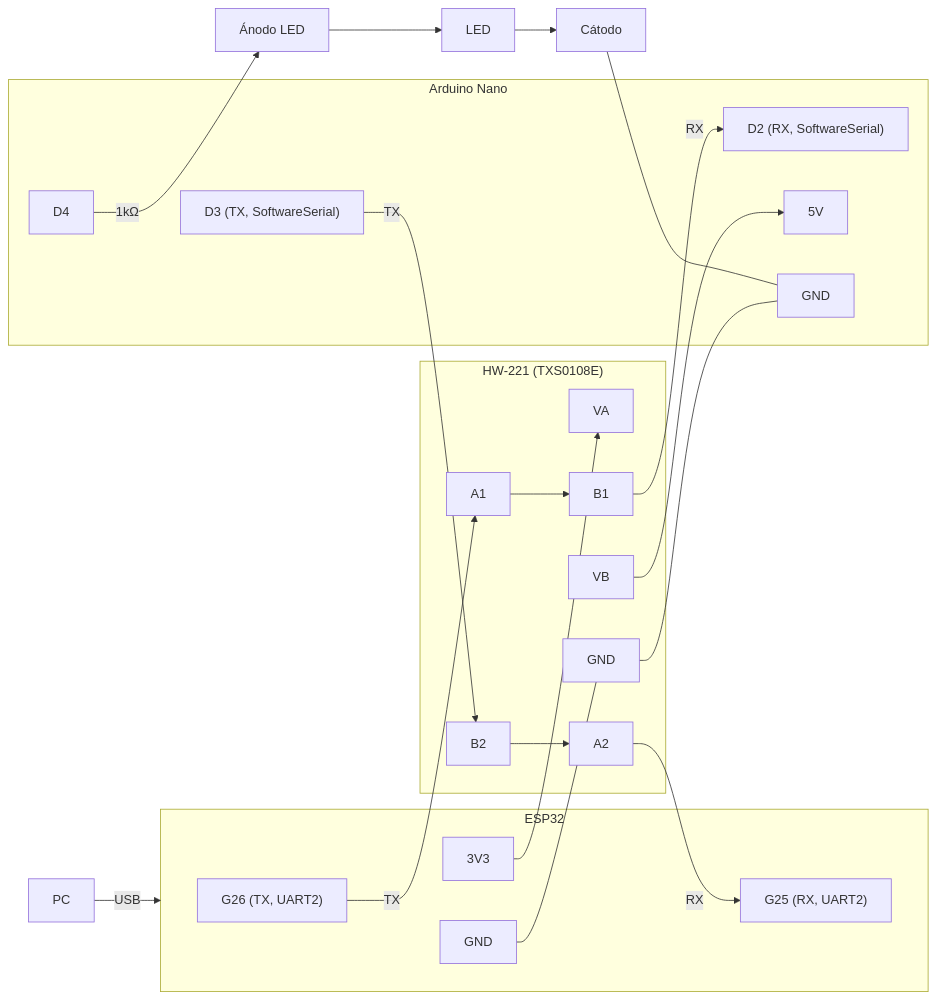
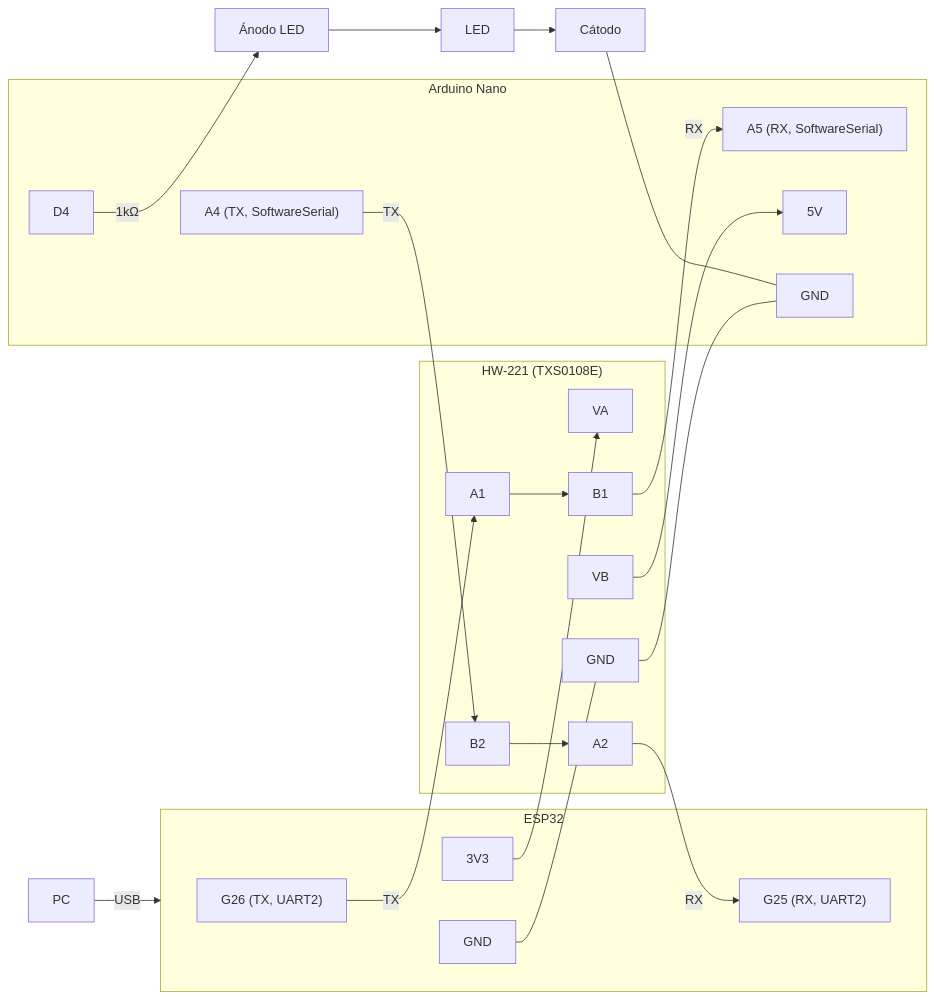
One commit to ealegremendoza/BrazoRobotico changed the first of 2 diagrams in doc/md/bitacora-E05-arduino.md. Above: the diagram before and after it, drawn with Mermaid. The commit also changed other lines of this file, not shown here.

First line of the commit message:
docs(E05): move Nano SoftwareSerial from D2/D3 to A4/A5

````diff
--- a/doc/md/bitacora-E05-arduino.md
+++ b/doc/md/bitacora-E05-arduino.md
@@ -24,47 +24,47 @@
 ```mermaid
 graph LR
     PC["PC"] -->|USB| ESP32
 
     subgraph ESP32["ESP32"]
         E_G26["G26 (TX, UART2)"]
         E_G25["G25 (RX, UART2)"]
         E_3V3["3V3"]
         E_GND1["GND"]
     end
 
     subgraph HW221["HW-221 (TXS0108E)"]
         H_VA["VA"]
         H_A1["A1"]
         H_A2["A2"]
         H_VB["VB"]
         H_B1["B1"]
         H_B2["B2"]
         H_GND["GND"]
     end
 
     subgraph NANO["Arduino Nano"]
-        N_D2["D2 (RX, SoftwareSerial)"]
-        N_D3["D3 (TX, SoftwareSerial)"]
+        N_A5["A5 (RX, SoftwareSerial)"]
+        N_A4["A4 (TX, SoftwareSerial)"]
         N_5V["5V"]
         N_GND["GND"]
         N_D4["D4"]
     end
 
     E_3V3 --> H_VA
     E_GND1 --- H_GND
     E_G26 -->|TX| H_A1
     H_A1 --> H_B1
-    H_B1 -->|RX| N_D2
+    H_B1 -->|RX| N_A5
 
-    N_D3 -->|TX| H_B2
+    N_A4 -->|TX| H_B2
     H_B2 --> H_A2
     H_A2 -->|RX| E_G25
 
     H_VB --> N_5V
     H_GND --- N_GND
 
     N_D4 -->|"1kΩ"| LED_A["Ánodo LED"]
     LED_A --> LED["LED"]
     LED --> LED_K["Cátodo"]
     LED_K --- N_GND
 ```
````
